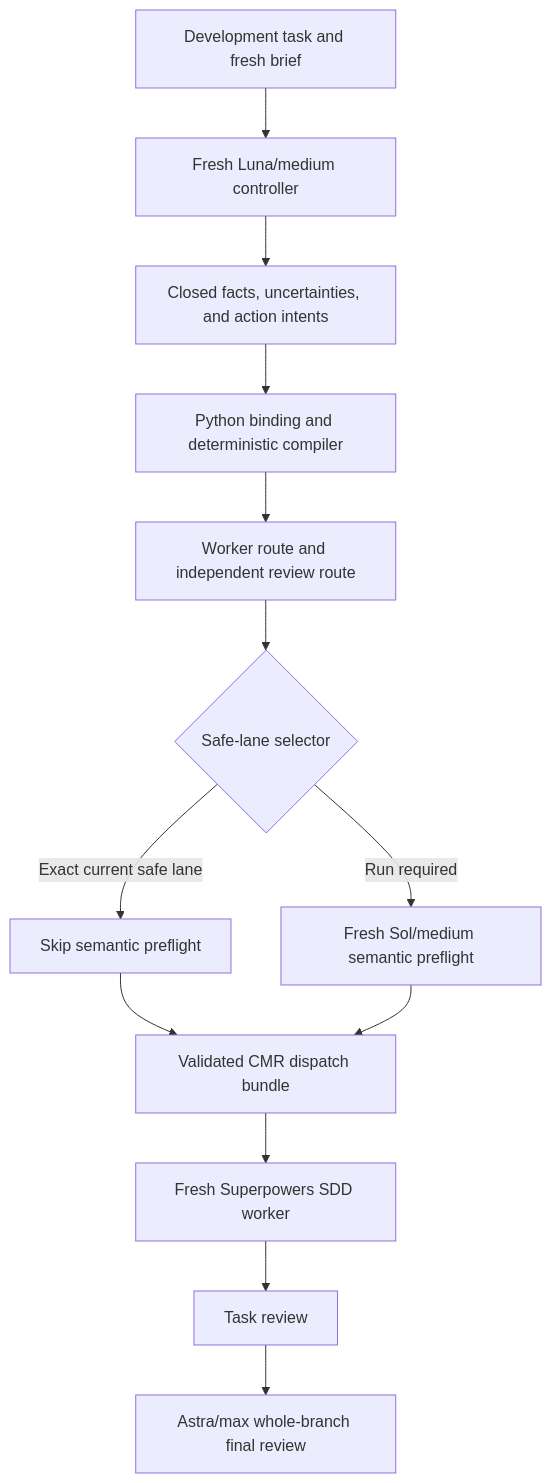
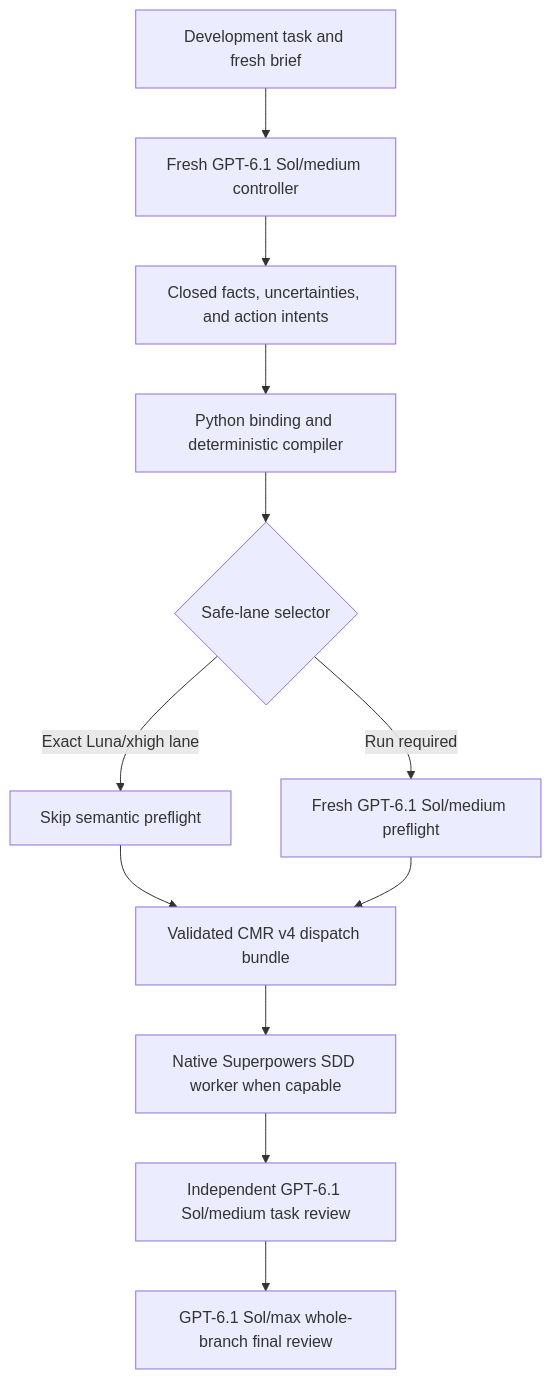
One commit to luandemelo/codex-model-router changed the diagram in README.md. Above: the diagram before and after it, drawn with Mermaid. The commit also changed other lines of this file and 48 other files, not shown here.

Commit message:
Release 0.9.0 with Sol/Luna routing and native collaboration

````diff
--- a/README.md
+++ b/README.md
@@ -132,15 +96,14 @@
 ```mermaid
 flowchart TD
-    A[Development task and fresh brief] --> B[Fresh Luna/medium controller]
+    A[Development task and fresh brief] --> B[Fresh GPT-6.1 Sol/medium controller]
     B --> C[Closed facts, uncertainties, and action intents]
     C --> D[Python binding and deterministic compiler]
-    D --> E[Worker route and independent review route]
-    E --> F{Safe-lane selector}
-    F -->|Exact current safe lane| G[Skip semantic preflight]
-    F -->|Run required| H[Fresh Sol/medium semantic preflight]
-    G --> I[Validated CMR dispatch bundle]
-    H --> I
-    I --> J[Fresh Superpowers SDD worker]
-    J --> K[Task review]
-    K --> L[Astra/max whole-branch final review]
+    D --> E{Safe-lane selector}
+    E -->|Exact Luna/xhigh lane| F[Skip semantic preflight]
+    E -->|Run required| G[Fresh GPT-6.1 Sol/medium preflight]
+    F --> H[Validated CMR v4 dispatch bundle]
+    G --> H
+    H --> I[Native Superpowers SDD worker when capable]
+    I --> J[Independent GPT-6.1 Sol/medium task review]
+    J --> K[GPT-6.1 Sol/max whole-branch final review]
 ```
````
